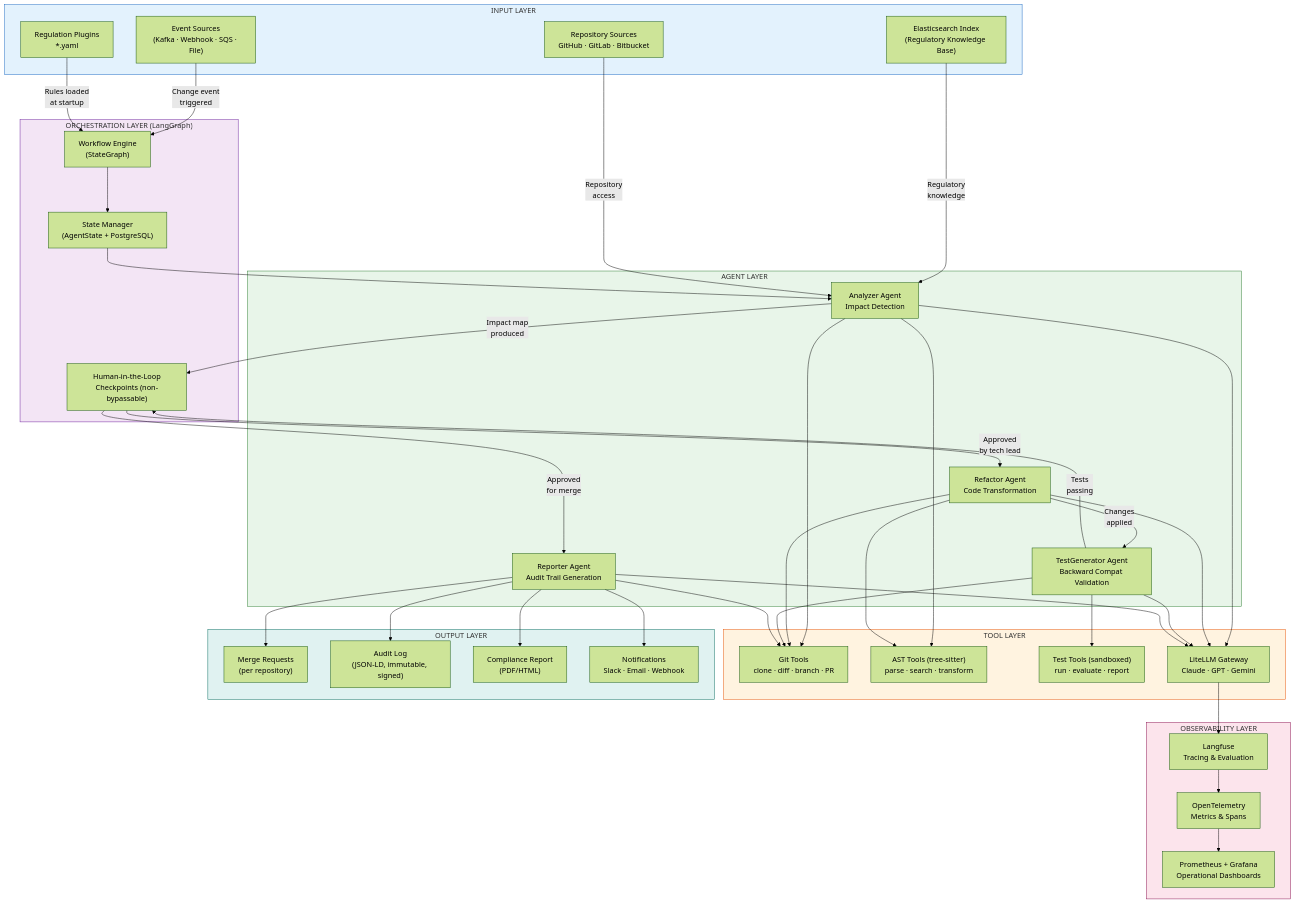
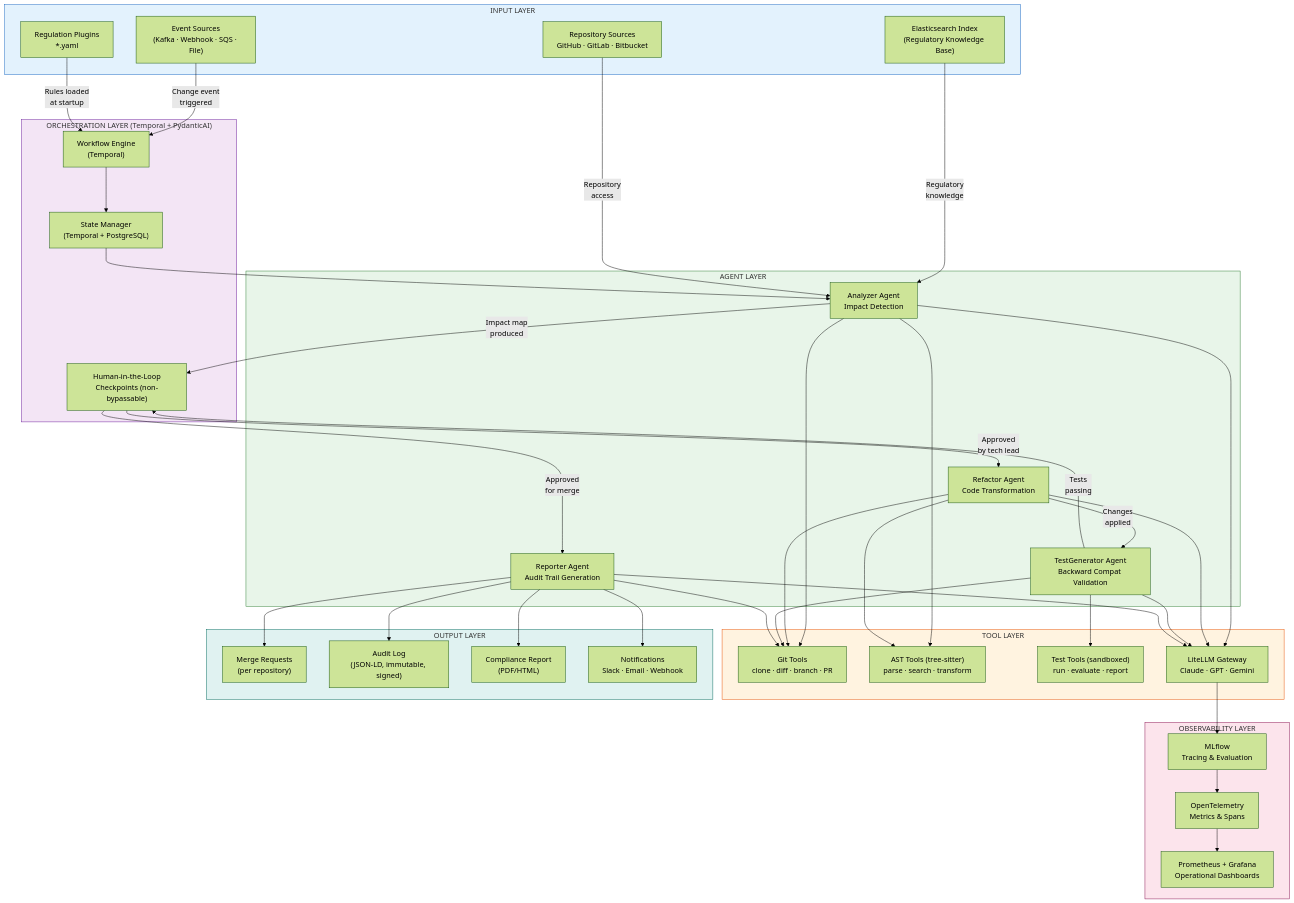
The third of 7 diagrams in docs/regulatory-agent-kit.md (gallindo/regulatory-agent-kit), drawn with Mermaid (forest theme) before and after one commit. The commit also changed other lines of this file and 13 other files, not shown here.

```diff
--- a/docs/regulatory-agent-kit.md
+++ b/docs/regulatory-agent-kit.md
@@ -201,9 +201,9 @@
         YAML["Regulation Plugins\n*.yaml"]
     end
 
-    subgraph ORCHESTRATION["ORCHESTRATION LAYER (LangGraph)"]
-        WF["Workflow Engine\n(StateGraph)"]
-        SM["State Manager\n(AgentState + PostgreSQL)"]
+    subgraph ORCHESTRATION["ORCHESTRATION LAYER (Temporal + PydanticAI)"]
+        WF["Workflow Engine\n(Temporal)"]
+        SM["State Manager\n(Temporal + PostgreSQL)"]
         HiL["Human-in-the-Loop\nCheckpoints (non-bypassable)"]
     end
 
@@ -222,7 +222,7 @@
     end
 
     subgraph OBSERVABILITY["OBSERVABILITY LAYER"]
-        LF["Langfuse\nTracing & Evaluation"]
+        LF["MLflow\nTracing & Evaluation"]
         OTEL["OpenTelemetry\nMetrics & Spans"]
         PROM["Prometheus + Grafana\nOperational Dashboards"]
     end
```
